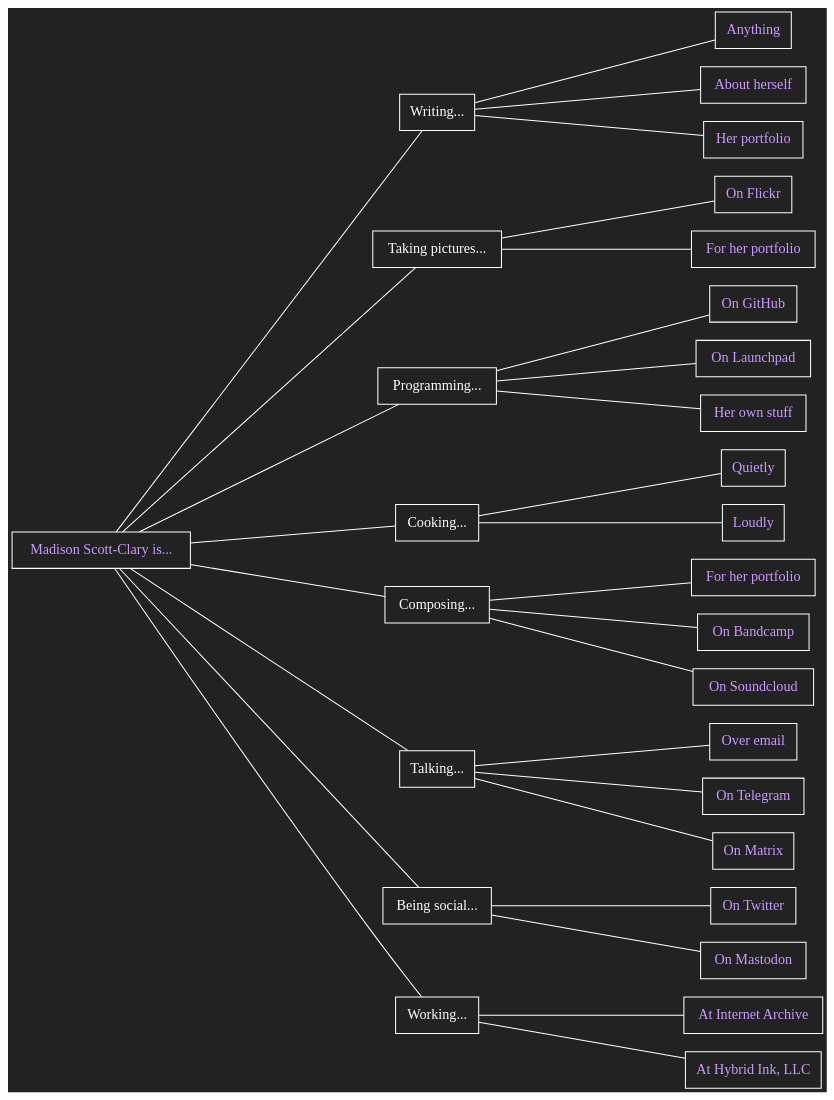
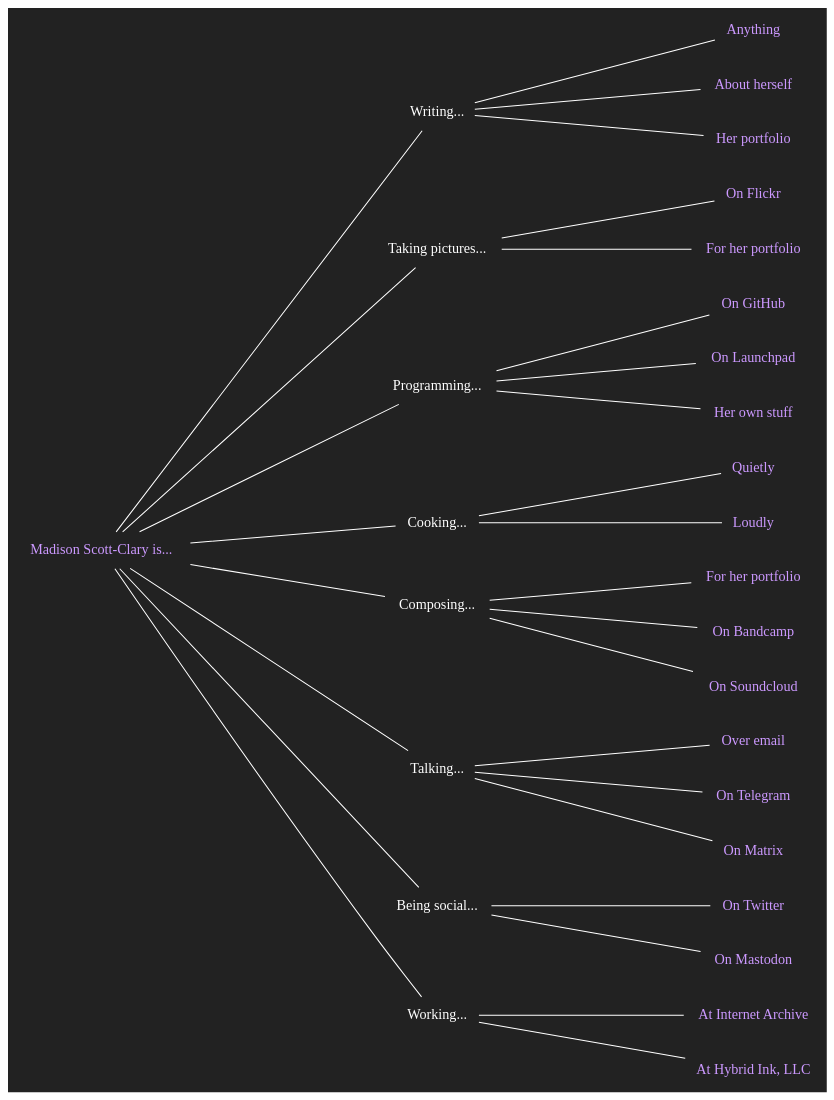
One commit to makyo/makyo.is changed the diagram in is.dot. Above: the diagram before and after it, drawn with Graphviz. The commit also changed 2 other files, not shown here.

Commit message:
no node shapes

```diff
--- a/is.dot
+++ b/is.dot
@@ -1,71 +1,71 @@
 graph is {
-    node[shape="box",style="filled",fillcolor="#222222",fontcolor="#ffffff",color="#ffffff",fontname="Helvetica bold"]
+    node[shape="none",fontcolor="#ffffff",color="#ffffff",fontname="Helvetica bold"]
     edge[color="#ffffff"]
     graph[bgcolor="#222222",label="",margin="0",rankdir="LR",ranksep=2.5]
 
     copula [label="Madison Scott-Clary is...",fontcolor="#cc99ff",href="https://drab-makyo.com"]
 
     writing [label="Writing..."]
     writing_anything [label="Anything",fontcolor="#cc99ff",href="https://writing.drab-makyo.com"]
     writing_ally [label="About herself",fontcolor="#cc99ff",href="https://ally.id"]
     writing_portfolio [label="Her portfolio",fontcolor="#cc99ff",href="https://makyo.ink"]
     copula -- writing
     writing -- writing_anything
     writing -- writing_ally
     writing -- writing_portfolio
 
     photography [label="Taking pictures..."]
     photography_flickr [label="On Flickr",fontcolor="#cc99ff",href="https://flickr.com/photos/ranna"]
     photography_portfolio [label="For her portfolio",fontcolor="#cc99ff",href="https://makyo.photography"]
     copula -- photography
     photography -- photography_portfolio
     photography -- photography_flickr
 
     programming [label="Programming..."]
     programming_github [label="On GitHub",fontcolor="#cc99ff",href="https://github.com/makyo"]
     programming_launchpad [label="On Launchpad",fontcolor="#cc99ff",href="https://launchpad.net/~makyo"]
     programming_personal [label="Her own stuff",fontcolor="#cc99ff",href="https://makyo.dev"]
     copula -- programming
     programming -- programming_github
     programming -- programming_launchpad
     programming -- programming_personal
 
     cooking [label="Cooking..."]
     cooking_quietly [label="Quietly",fontcolor="#cc99ff",href="https://makyo.cooking"]
     cooking_loudly [label="Loudly",fontcolor="#cc99ff",href="https://mealtime.with.maddypa.ws"]
     copula -- cooking
     cooking -- cooking_quietly
     cooking -- cooking_loudly
 
     composing [label="Composing..."]
     composing_portfolio [label="For her portfolio",fontcolor="#cc99ff",href="https://sounds.drab-makyo.com"]
     composing_bandcamp [label="On Bandcamp",fontcolor="#cc99ff",href="https://drab-makyo.bandcamp.com"]
     composing_soundcloud [label="On Soundcloud",fontcolor="#cc99ff",href="https://soundcloud.com/drabmakyo"]
     copula -- composing
     composing -- composing_portfolio
     composing -- composing_bandcamp
     composing -- composing_soundcloud
 
     talking [label="Talking..."]
     talking_email [label="Over email",fontcolor="#cc99ff",href="mailto:makyo@drab-makyo.com"]
     talking_telegram [label="On Telegram",fontcolor="#cc99ff",href="https://t.me/DrabMakyo"]
     talking_matrix [label="On Matrix",fontcolor="#cc99ff",href="https://matrix.to/#/@makyo:drab-makyo.com"]
     copula -- talking
     talking -- talking_email
     talking -- talking_telegram
     talking -- talking_matrix
 
     social [label="Being social..."]
     social_twitter [label="On Twitter",fontcolor="#cc99ff",href="https://twitter.com/drab_makyo"]
     social_mastodon [label="On Mastodon",fontcolor="#cc99ff",href="https://snouts.online/@makyo"]
     copula -- social
     social -- social_twitter
     social -- social_mastodon
 
     working [label="Working..."]
     working_current [label="At Internet Archive",fontcolor="#cc99ff",href="https://archive.org"]
     working_hybrid [label="At Hybrid Ink, LLC",fontcolor="#cc99ff",href="https://hybrid.ink"]
     copula -- working
     working -- working_current
     working -- working_hybrid
 }
```
